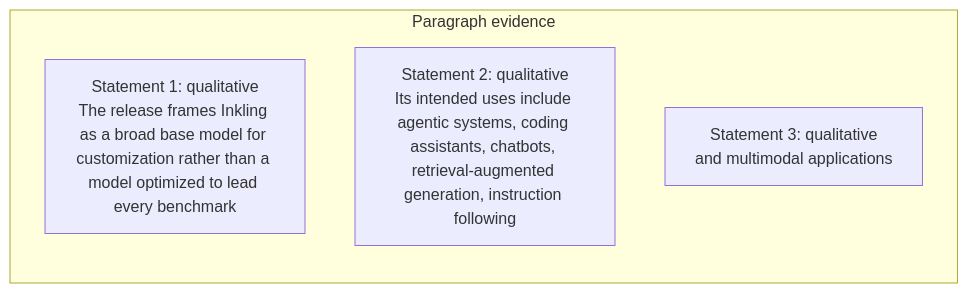
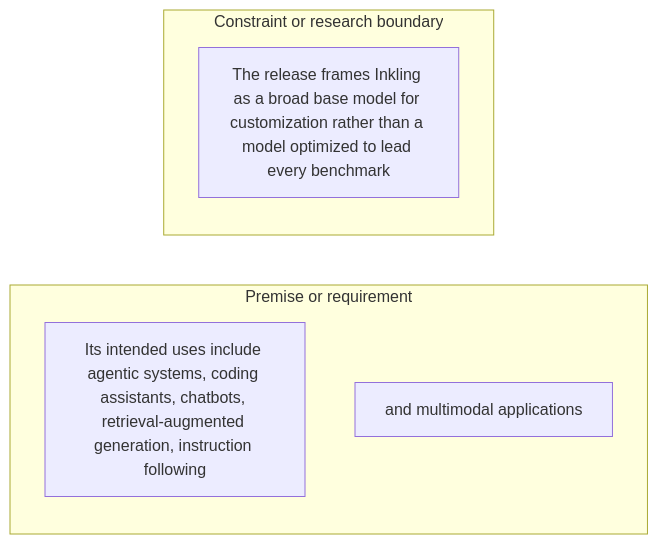
The first of 57 diagrams in docs/visual-manifests/VISUAL_MANIFEST_INKLING.md (Betancourt1/paper_atlas), drawn with Mermaid before and after one commit. The commit also changed other lines of this file and 7 other files, not shown here.

````diff
--- a/docs/visual-manifests/VISUAL_MANIFEST_INKLING.md
+++ b/docs/visual-manifests/VISUAL_MANIFEST_INKLING.md
@@ -55,8 +56,10 @@
 ```mermaid
 flowchart LR
-  subgraph p1["Paragraph evidence"]
-    p1r1["Statement 1: qualitative<br/>The release frames Inkling as a broad base model for customization rather than a model optimized to lead every benchmark"]
-    p1r2["Statement 2: qualitative<br/>Its intended uses include agentic systems, coding assistants, chatbots, retrieval-augmented generation, instruction following"]
-    p1r3["Statement 3: qualitative<br/>and multimodal applications"]
+  subgraph g1["Premise or requirement"]
+    g1i1["Its intended uses include agentic systems, coding assistants, chatbots, retrieval-augmented generation, instruction following"]
+    g1i2["and multimodal applications"]
+  end
+  subgraph g2["Constraint or research boundary"]
+    g2i1["The release frames Inkling as a broad base model for customization rather than a model optimized to lead every benchmark"]
   end
 ```
````
